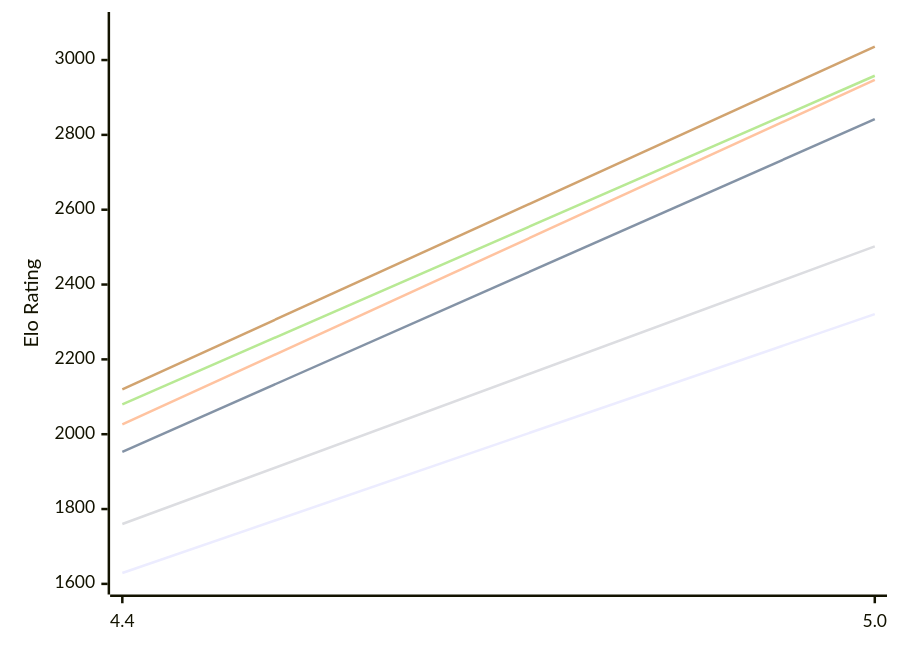
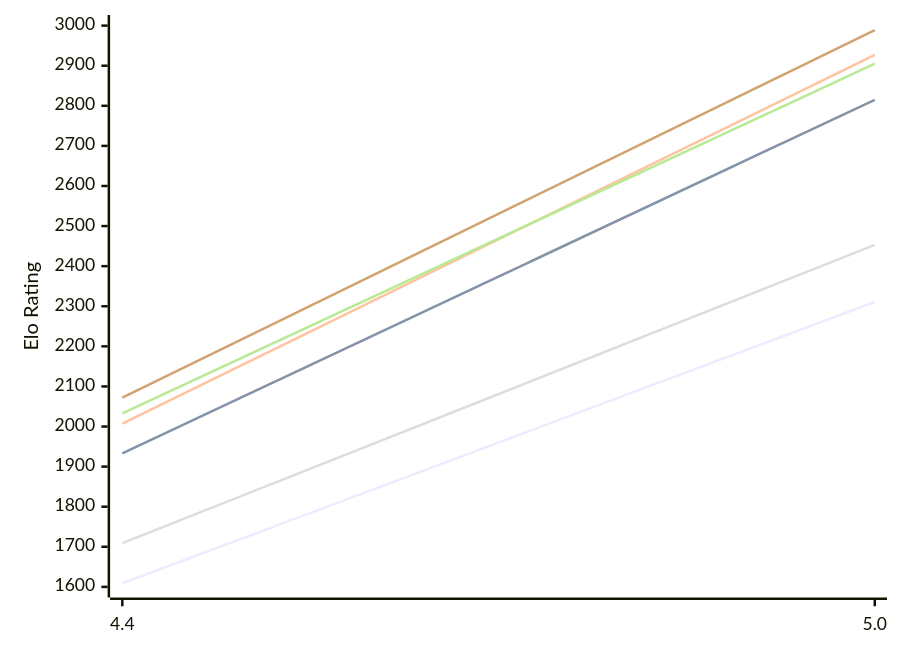
Before and after one commit to computer-chess-index/cci: the first of 2 diagrams in engines/Radiance.md, drawn with Mermaid. The commit also changed other lines of this file, not shown here.

Commit message:
Update CCI Ratings (ELO VLTC) - 2026-11-08

````diff
--- a/engines/Radiance.md
+++ b/engines/Radiance.md
@@ -51,12 +51,12 @@
 ```mermaid
 %%{init: {"theme":"base","themeVariables":{"seriesColors:['#a3a3a3','#222221','#faa371']}}}%%
 xychart-beta
   x-axis ["4.4", "5.0"]
-  y-axis "Elo Rating" 1600 --> 3100
-  line "E1: STC (8.0+0.08s)" [1629, 2321]
-  line "E1: LTC (60.0+0.60s)" [1953, 2842]
-  line "E1: VLTC (2m24s+1.12s)" [2026, 2947]
-  line "P1: STC (8.0+0.08s)" [1760, 2502]
-  line "P1: LTC (60.0+0.60s)" [2080, 2958]
-  line "P1: VLTC (2m24s+1.12s)" [2120, 3036]
+  y-axis "Elo Rating" 1600 --> 3000
+  line "E1: STC (8.0+0.08s)" [1609, 2311]
+  line "E1: LTC (60.0+0.60s)" [1933, 2815]
+  line "E1: VLTC (2m24s+1.12s)" [2007, 2927]
+  line "P1: STC (8.0+0.08s)" [1709, 2453]
+  line "P1: LTC (60.0+0.60s)" [2033, 2905]
+  line "P1: VLTC (2m24s+1.12s)" [2072, 2989]
 ```
````
